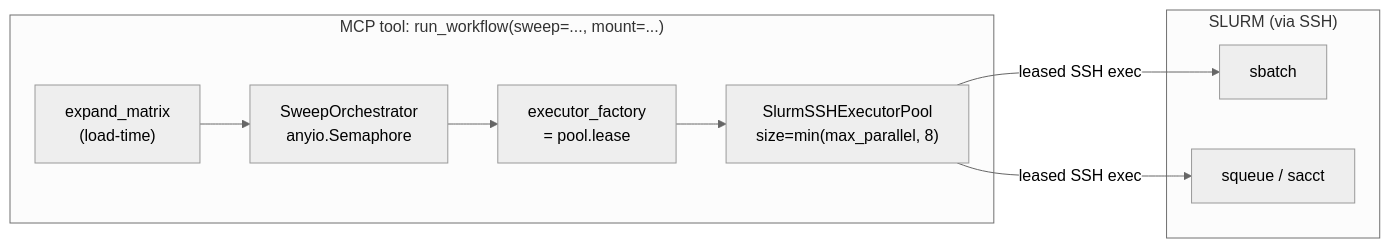
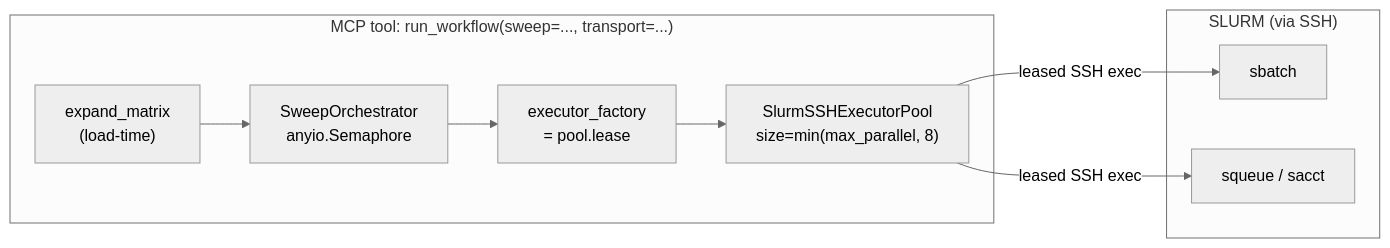
The third of 3 diagrams in docs/explanation/mcp-architecture.md (ksterx/srunx), drawn with Mermaid (neutral theme) before and after one commit. The commit also changed other lines of this file and 61 other files, not shown here.

First line of the commit message:
refactor: unify transport/profile selection across CLI, ssh group, and MCP (#209)

````diff
--- a/docs/explanation/mcp-architecture.md
+++ b/docs/explanation/mcp-architecture.md
@@ -158,17 +161,17 @@
 ```mermaid
 flowchart LR
-  subgraph mcp["MCP tool: run_workflow(sweep=..., mount=...)"]
+  subgraph mcp["MCP tool: run_workflow(sweep=..., transport=...)"]
     Expand["expand_matrix\n(load-time)"]
     Orchestrator["SweepOrchestrator\nanyio.Semaphore"]
     Factory["executor_factory\n= pool.lease"]
     Pool["SlurmSSHExecutorPool\nsize=min(max_parallel, 8)"]
     Expand --> Orchestrator
     Orchestrator --> Factory --> Pool
   end
   subgraph cluster["SLURM (via SSH)"]
     sbatch["sbatch"]
     squeue["squeue / sacct"]
   end
   Pool -- "leased SSH exec" --> sbatch
   Pool -- "leased SSH exec" --> squeue
 ```
````
